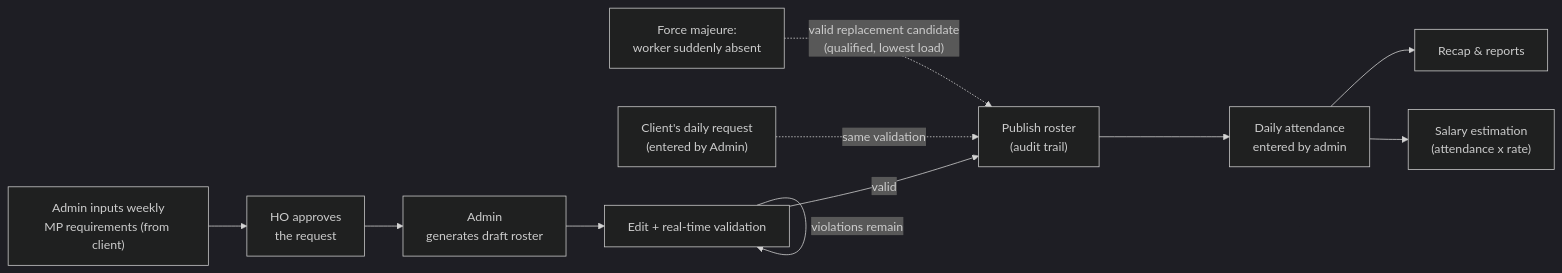
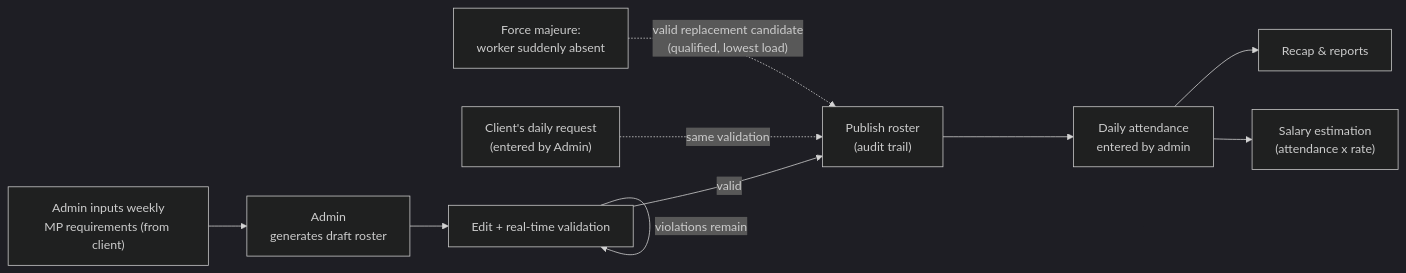
One commit to XOIntern/Shiftly changed the fifth of 5 diagrams in docs/architecture.md. Above: the diagram before and after it, drawn with Mermaid (dark theme). The commit also changed other lines of this file, not shown here.

Commit message:
docs(architecture): weekly requests no longer wait for HO approval

````diff
--- a/docs/architecture.md
+++ b/docs/architecture.md
@@ -319,14 +319,13 @@
 ```mermaid
 flowchart LR
-    A["Admin inputs weekly<br/>MP requirements (from client)"] --> A2["HO approves<br/>the request"]
-    A2 --> B["Admin<br/>generates draft roster"]
+    A["Admin inputs weekly<br/>MP requirements (from client)"] --> B["Admin<br/>generates draft roster"]
     B --> C["Edit + real-time validation"]
     C -->|violations remain| C
     C -->|valid| D["Publish roster<br/>(audit trail)"]
     D --> E["Daily attendance<br/>entered by admin"]
     E --> F["Recap & reports"]
     E --> G["Salary estimation<br/>(attendance x rate)"]
 
     H["Client's daily request<br/>(entered by Admin)"] -.->|same validation| D
     I["Force majeure:<br/>worker suddenly absent"] -.->|"valid replacement candidate<br/>(qualified, lowest load)"| D
 ```
````
